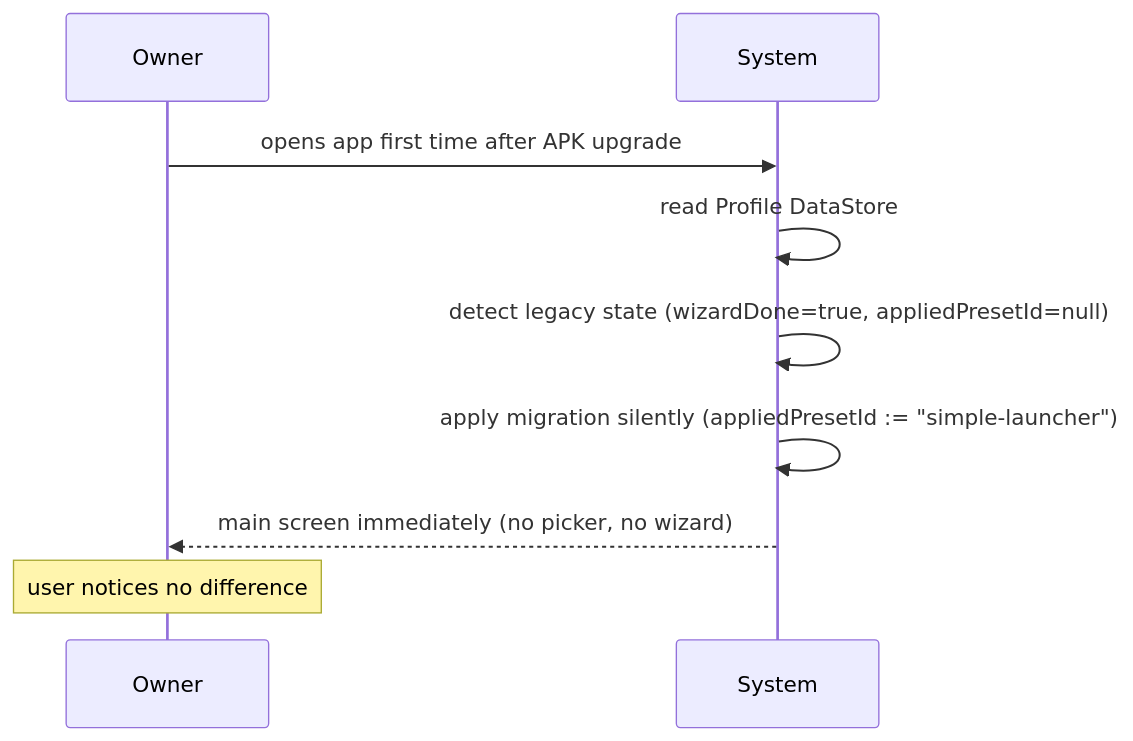
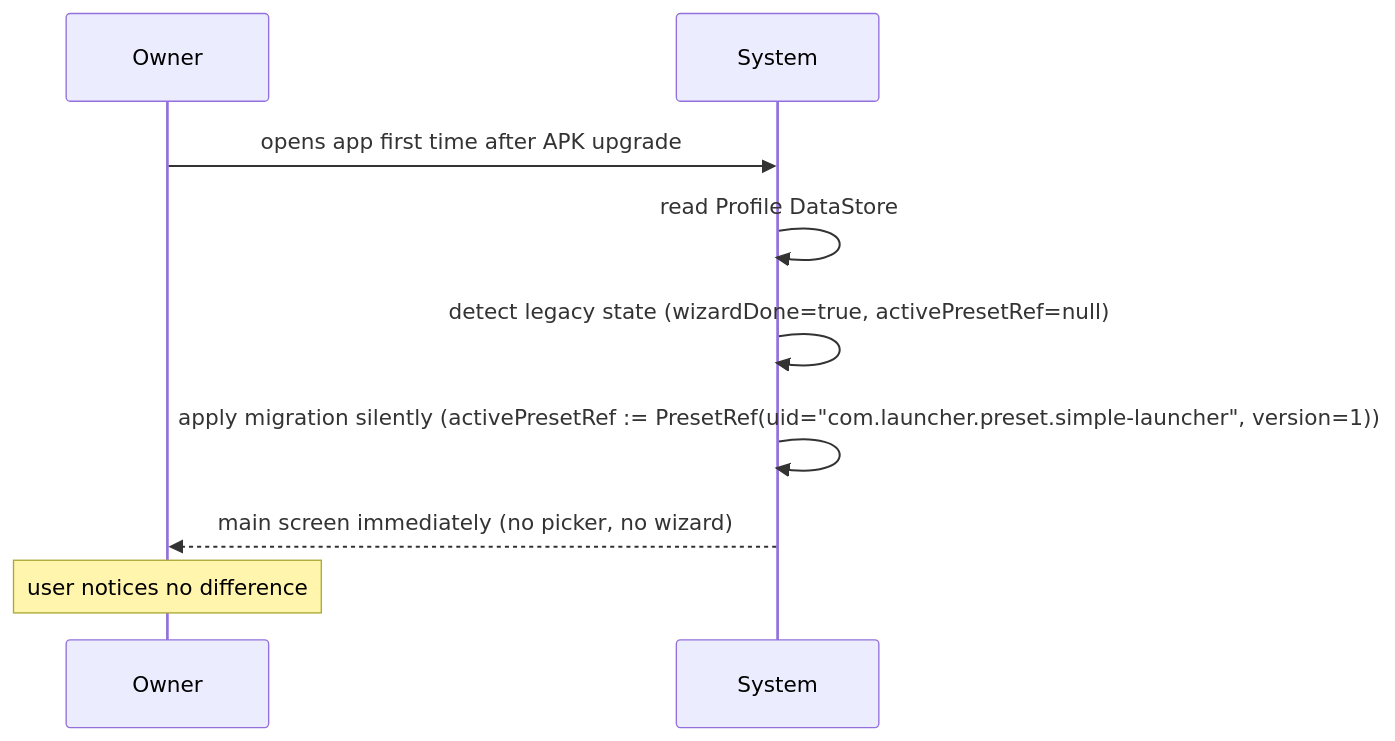
One commit to jeromwork/launcher changed the ninth of 10 diagrams in specs/task-65-profile-composition-foundation-v2/spec.md. Above: the diagram before and after it, drawn with Mermaid. The commit also changed other lines of this file, not shown here.

````diff
--- a/specs/task-65-profile-composition-foundation-v2/spec.md
+++ b/specs/task-65-profile-composition-foundation-v2/spec.md
@@ -547,11 +584,11 @@
 ```mermaid
 sequenceDiagram
   participant U as Owner
   participant S as System
   U->>S: opens app first time after APK upgrade
   S->>S: read Profile DataStore
-  S->>S: detect legacy state (wizardDone=true, appliedPresetId=null)
-  S->>S: apply migration silently (appliedPresetId := "simple-launcher")
+  S->>S: detect legacy state (wizardDone=true, activePresetRef=null)
+  S->>S: apply migration silently (activePresetRef := PresetRef(uid="com.launcher.preset.simple-launcher", version=1))
   S-->>U: main screen immediately (no picker, no wizard)
   Note over U: user notices no difference
 ```
````
